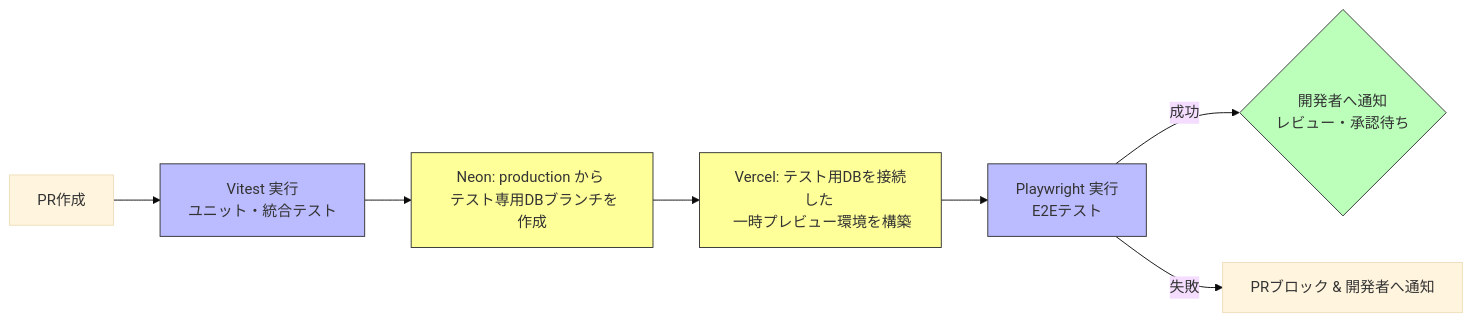
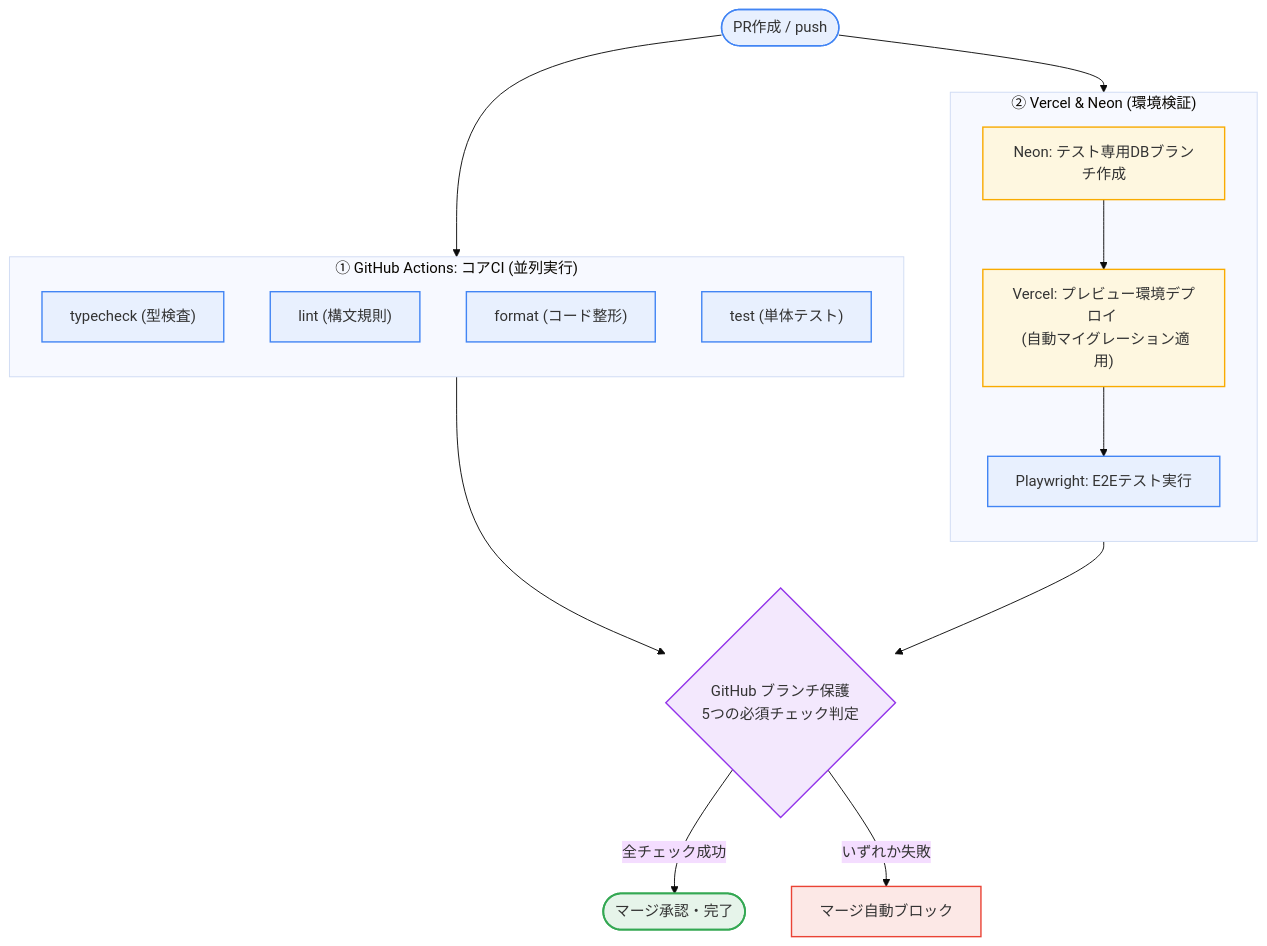
The first of 2 diagrams in README.md (asaborian/material-request), drawn with Mermaid (base theme) before and after one commit. The commit also changed other lines of this file, not shown here.

Commit message:
docs: READMEのCI/CDパイプラインMermaid図を実態に合わせて更新

````diff
--- a/README.md
+++ b/README.md
@@ -26,11 +28,38 @@
 ```mermaid
-graph LR
-    classDef test fill:#bbf,stroke:#333,stroke-width:1px;
-    classDef db fill:#ff9,stroke:#333,stroke-width:1px;
-    classDef success fill:#bfb,stroke:#333,stroke-width:1px;
+flowchart TD
+    classDef test fill:#e8f0fe,stroke:#4285f4,stroke-width:1.5px;
+    classDef db fill:#fef7e0,stroke:#f9ab00,stroke-width:1.5px;
+    classDef gate fill:#f3e8fd,stroke:#9334ea,stroke-width:1.5px;
+    classDef ok fill:#e6f4ea,stroke:#34a853,stroke-width:2px;
+    classDef ng fill:#fce8e6,stroke:#ea4335,stroke-width:1.5px;
 
-    A[PR作成] --> B[Vitest 実行 <br> ユニット・統合テスト]:::test --> C[Neon: production から <br> テスト専用DBブランチを作成]:::db --> D[Vercel: テスト用DBを接続した <br> 一時プレビュー環境を構築]:::db --> E[Playwright 実行 <br> E2Eテスト]:::test
+    PR(["PR作成 / push"]):::test
 
-    E -->|成功| F{開発者へ通知 <br> レビュー・承認待ち}:::success
-    E -->|失敗| Fail1[PRブロック & 開発者へ通知]
+    %% 並列で走る2大パイプライン
+    subgraph CI [" ① GitHub Actions: コアCI (並列実行) "]
+        direction TB
+        TC["typecheck (型検査)"]:::test
+        LINT["lint (構文規則)"]:::test
+        FMT["format (コード整形)"]:::test
+        UNIT["test (単体テスト)"]:::test
+    end
+
+    subgraph PREVIEW [" ② Vercel & Neon (環境検証) "]
+        direction TB
+        NEON["Neon: テスト専用DBブランチ作成"]:::db
+        VERCEL["Vercel: プレビュー環境デプロイ <br> (自動マイグレーション適用)"]:::db
+        E2E["Playwright: E2Eテスト実行"]:::test
+        NEON --> VERCEL --> E2E
+    end
+
+    PR --> CI
+    PR --> PREVIEW
+
+    %% 合流してゲート判定
+    GATE{"GitHub ブランチ保護 <br> 5つの必須チェック判定"}:::gate
+    CI --> GATE
+    E2E --> GATE
+
+    GATE -->|全チェック成功| PASS(["マージ承認・完了"]):::ok
+    GATE -->|いずれか失敗| FAIL["マージ自動ブロック"]:::ng
 ```
````
